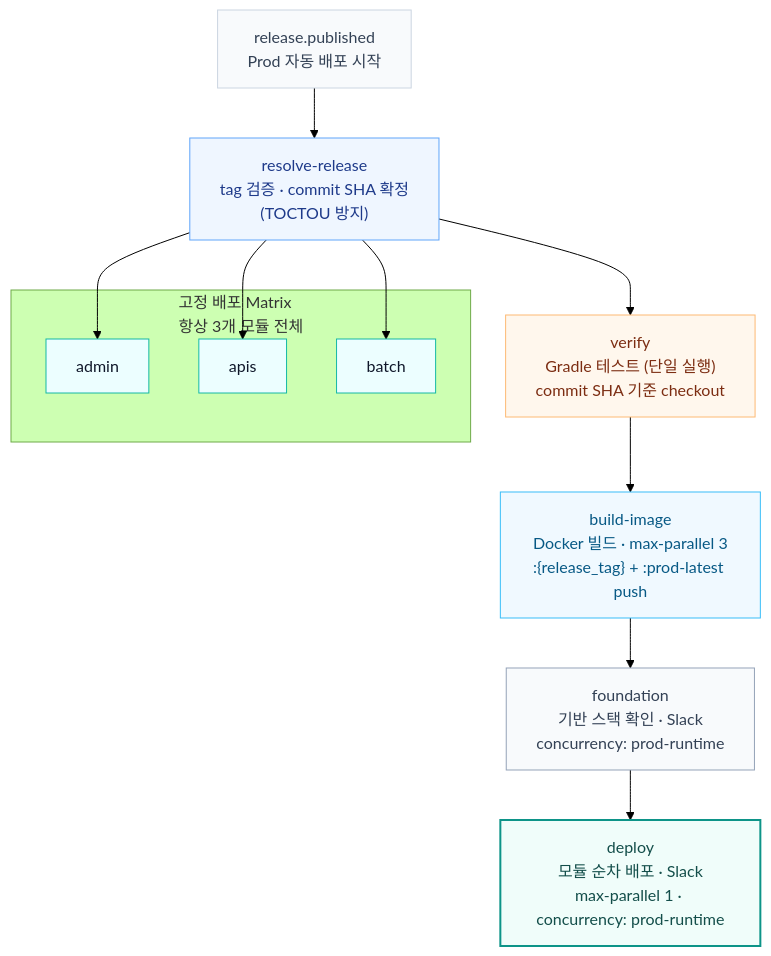
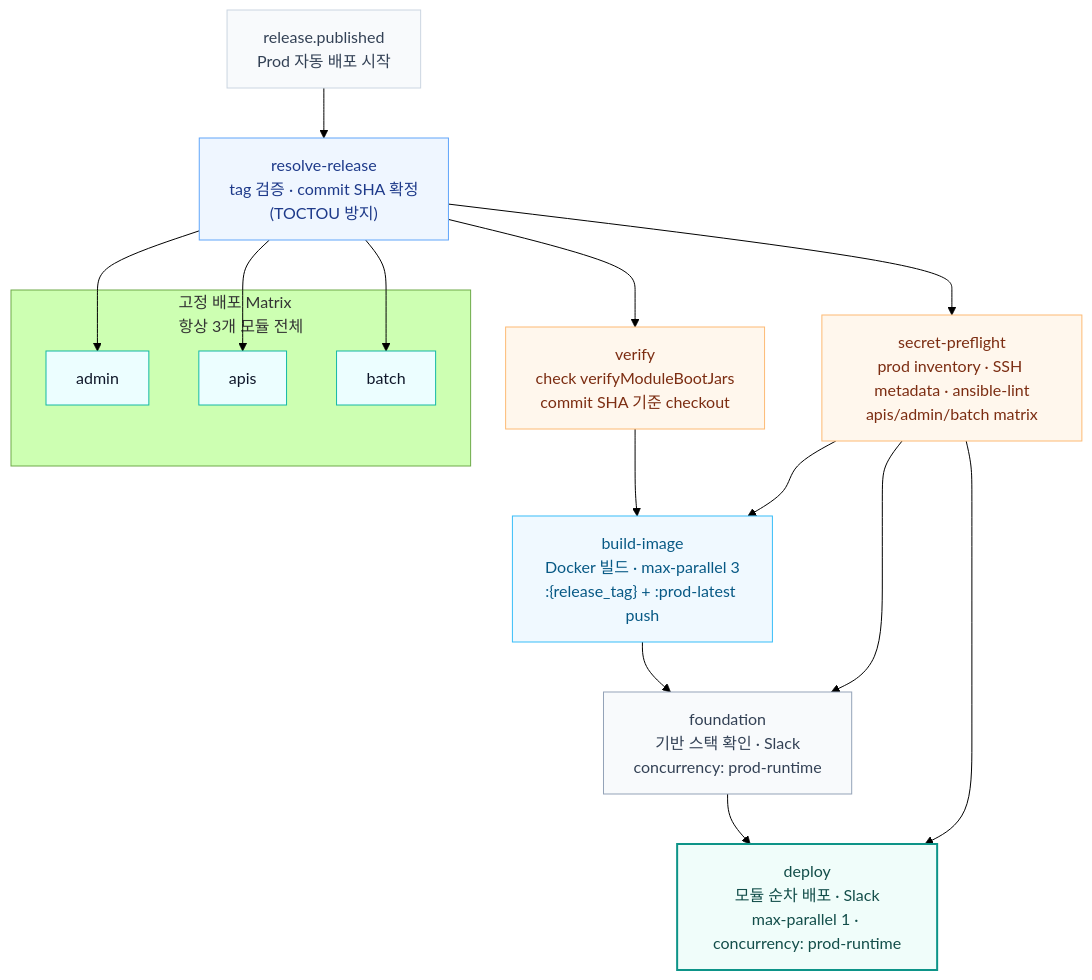
One commit to TEAM-BEAT/BEAT-SERVER changed the seventh of 14 diagrams in infra/README.md. Above: the diagram before and after it, drawn with Mermaid (forest theme). The commit also changed other lines of this file and 41 other files, not shown here.

First line of the commit message:
refactor: prod preflight와 root build 검증 강화 (#469)

````diff
--- a/infra/README.md
+++ b/infra/README.md
@@ -584,35 +584,41 @@
 ```mermaid
 flowchart TB
     Trigger["release.published<br/>Prod 자동 배포 시작"]:::event
 
     Resolve["resolve-release<br/>tag 검증 · commit SHA 확정<br/>(TOCTOU 방지)"]:::step
 
     subgraph FIXED["고정 배포 Matrix<br/>항상 3개 모듈 전체"]
         Admin["admin"]:::matrix
         APIs["apis"]:::matrix
         Batch["batch"]:::matrix
     end
 
-    Verify["verify<br/>Gradle 테스트 (단일 실행)<br/>commit SHA 기준 checkout"]:::verify
+    Verify["verify<br/>check verifyModuleBootJars<br/>commit SHA 기준 checkout"]:::verify
+
+    SecretPreflight["secret-preflight<br/>prod inventory · SSH metadata · ansible-lint<br/>apis/admin/batch matrix"]:::verify
 
     Build["build-image<br/>Docker 빌드 · max-parallel 3<br/>:{release_tag} + :prod-latest push"]:::build
 
     Foundation["foundation<br/>기반 스택 확인 · Slack<br/>concurrency: prod-runtime"]:::infra
 
     Deploy["deploy<br/>모듈 순차 배포 · Slack<br/>max-parallel 1 · concurrency: prod-runtime"]:::deploy
 
     Trigger --> Resolve
     Resolve --> Admin & APIs & Batch
     Resolve --> Verify
+    Resolve --> SecretPreflight
     Verify --> Build
+    SecretPreflight --> Build
+    SecretPreflight --> Foundation
+    SecretPreflight --> Deploy
     Build --> Foundation
     Foundation --> Deploy
 
     classDef event fill:#F8FAFC,stroke:#CBD5E1,stroke-width:1px,color:#334155
     classDef step fill:#EFF6FF,stroke:#60A5FA,stroke-width:1px,color:#1E3A8A
     classDef matrix fill:#ECFEFF,stroke:#14B8A6,stroke-width:1px,color:#0F172A
     classDef verify fill:#FFF7ED,stroke:#FDBA74,stroke-width:1px,color:#7C2D12
     classDef build fill:#F0F9FF,stroke:#38BDF8,stroke-width:1px,color:#075985
     classDef infra fill:#F8FAFC,stroke:#94A3B8,stroke-width:1px,color:#334155
     classDef deploy fill:#F0FDFA,stroke:#0D9488,stroke-width:2px,color:#134E4A
 ```
````
